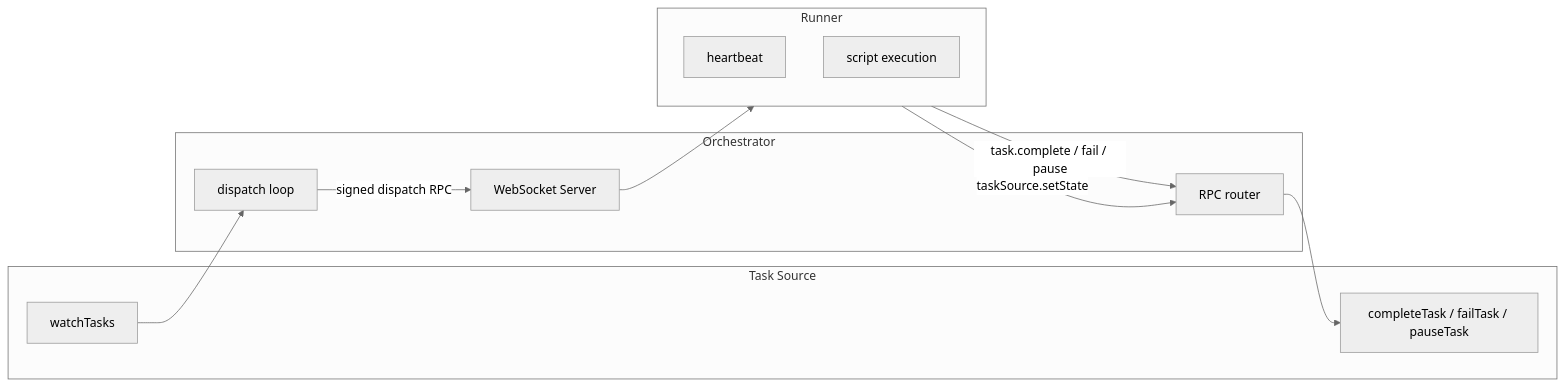
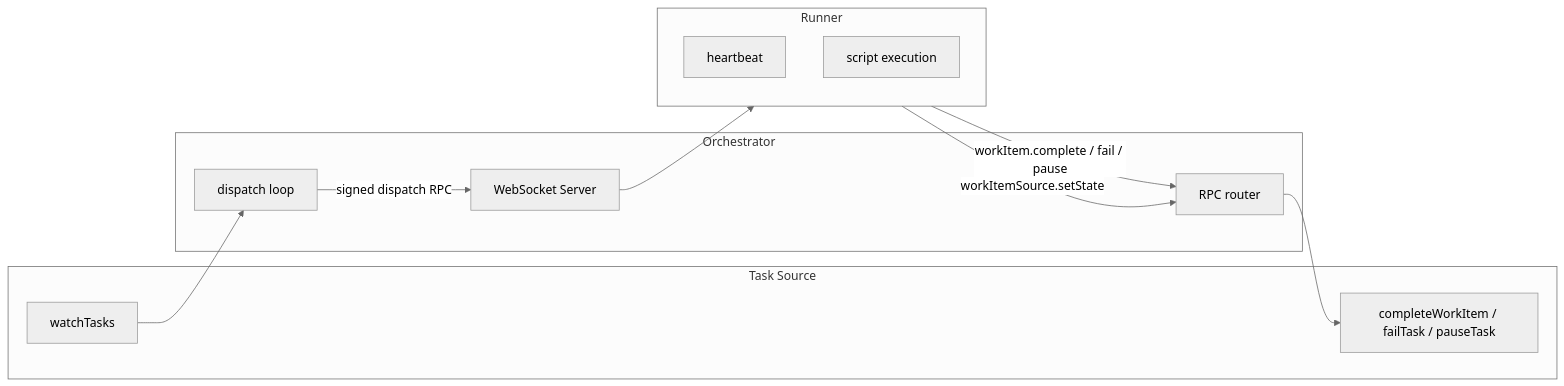
One commit to devzeebo/bifrost changed the diagram in orchestrator-v2/docs/README.md. Above: the diagram before and after it, drawn with Mermaid (neutral theme). The commit also changed other lines of this file and 56 other files, not shown here.

First line of the commit message:
unify orchestrator v2 execution model under work item terminology

````diff
--- a/orchestrator-v2/docs/README.md
+++ b/orchestrator-v2/docs/README.md
@@ -18,25 +18,25 @@
 ```mermaid
 flowchart LR
   subgraph source [Task Source]
     TS[watchTasks]
-    CT[completeTask / failTask / pauseTask]
+    CT[completeWorkItem / failTask / pauseTask]
   end
 
   subgraph orch [Orchestrator]
     WS[WebSocket Server]
     DISP[dispatch loop]
     RPC[RPC router]
   end
 
   subgraph runner [Runner]
     HB[heartbeat]
     EXEC[script execution]
   end
 
   TS --> DISP
   DISP -->|signed dispatch RPC| WS
   WS --> runner
-  runner -->|task.complete / fail / pause| RPC
+  runner -->|workItem.complete / fail / pause| RPC
   RPC --> CT
-  runner -->|taskSource.setState| RPC
+  runner -->|workItemSource.setState| RPC
 ```
````
